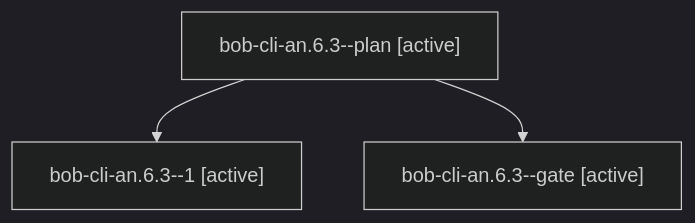
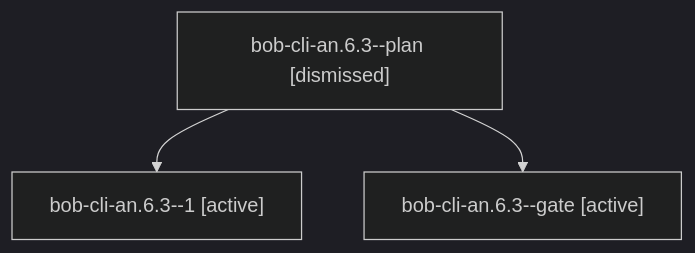
Before and after one commit to bobs-org/bob-cli--agents: the diagram in sessions/bbugyi200.athena.bob-cli-an.6.3.md, drawn with Mermaid (dark theme). The commit also changed other lines of this file and 553 other files, not shown here.

````diff
--- a/sessions/bbugyi200.athena.bob-cli-an.6.3.md
+++ b/sessions/bbugyi200.athena.bob-cli-an.6.3.md
@@ -9,8 +9,8 @@
 ```mermaid
 flowchart TD
-  n0["bob-cli-an.6.3--plan [active]"]
+  n0["bob-cli-an.6.3--plan [dismissed]"]
   n1["bob-cli-an.6.3--1 [active]"]
   n0 --> n1
   n2["bob-cli-an.6.3--gate [active]"]
   n0 --> n2
 ```
````
